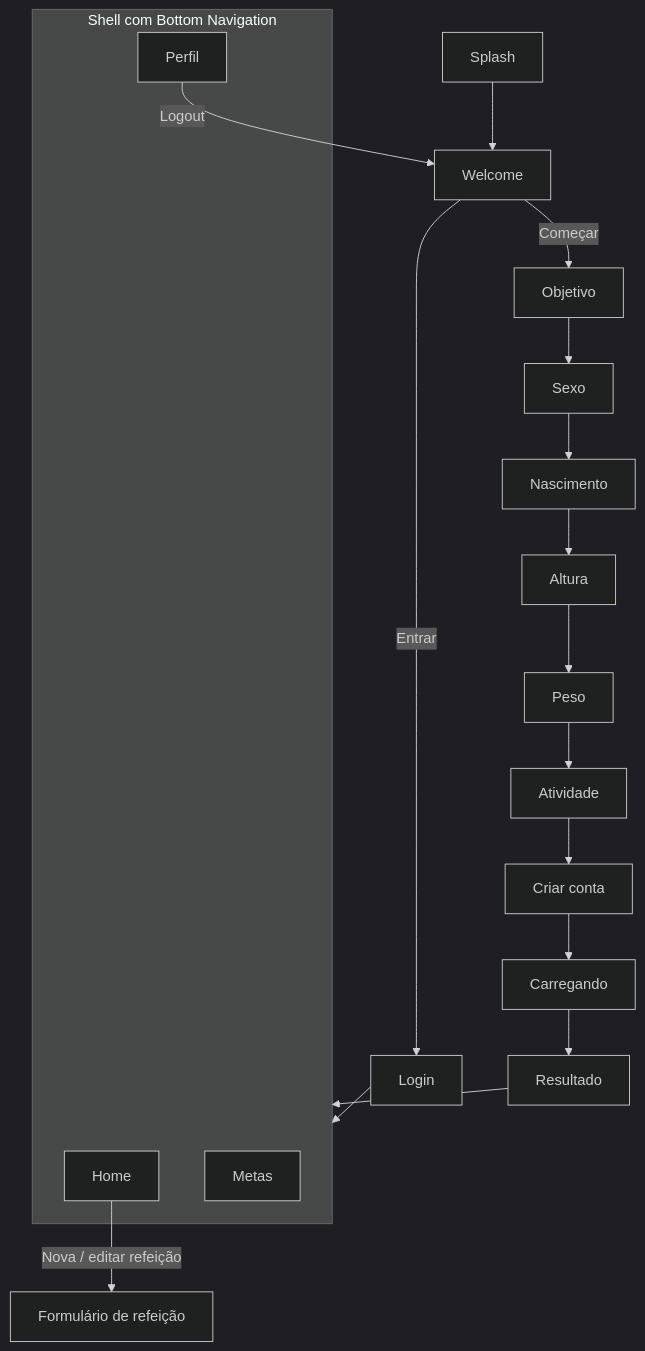
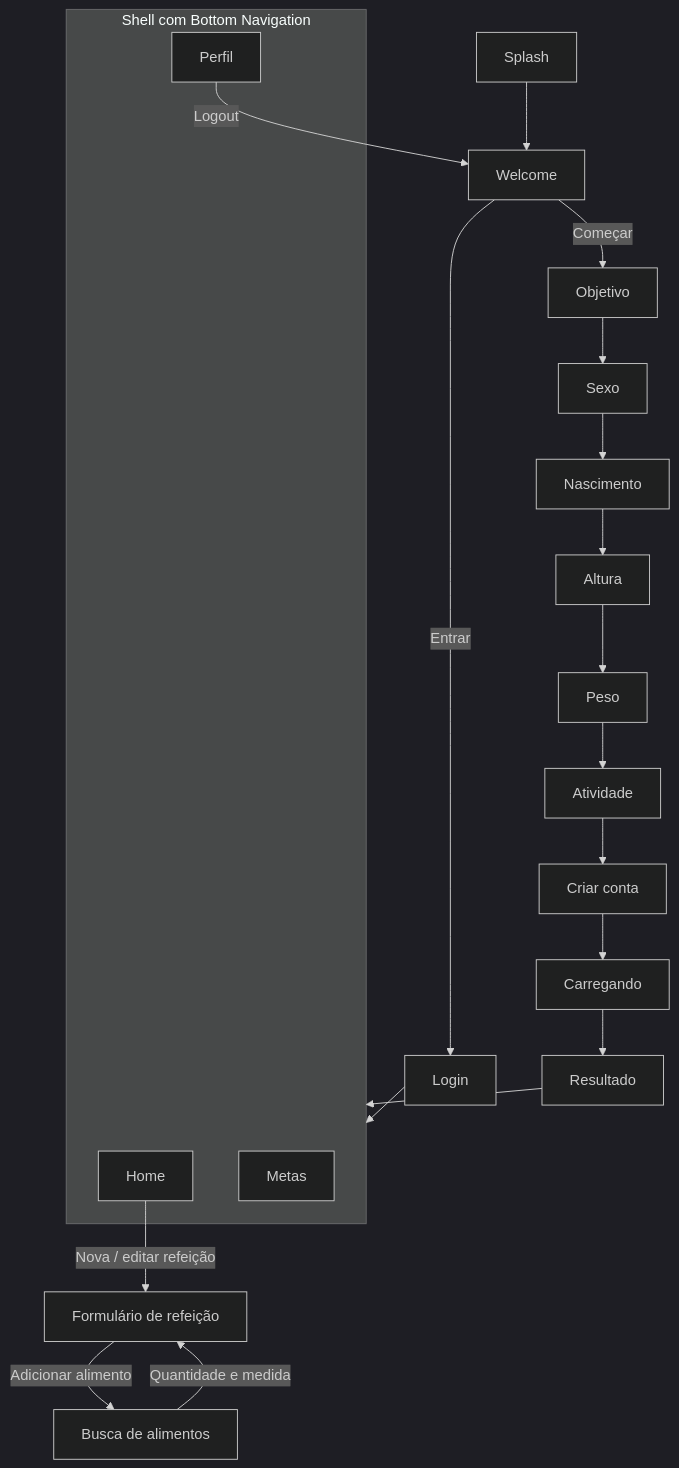
One commit to Gabrielvsiqueira/Oz_food_diary changed the diagram in README.md. Above: the diagram before and after it, drawn with Mermaid (dark theme). The commit also changed other lines of this file, not shown here.

Commit message:
docs(readme): document repository layer, food-based meals and Portuguese-only setup

````diff
--- a/README.md
+++ b/README.md
@@ -182,18 +195,20 @@
 ```mermaid
 flowchart TD
     Splash --> Welcome
     Welcome -->|Entrar| Login
     Welcome -->|Começar| Goal[Objetivo]
     Goal --> Gender[Sexo] --> Birth[Nascimento] --> Height[Altura]
     Height --> Weight[Peso] --> Activity[Atividade] --> Account[Criar conta]
     Account --> Loading[Carregando] --> Result[Resultado]
     Login --> Main
     Result --> Main
     subgraph Main[Shell com Bottom Navigation]
         Home
         Metas
         Perfil
     end
     Home -->|Nova / editar refeição| MealForm[Formulário de refeição]
+    MealForm -->|Adicionar alimento| FoodSearch[Busca de alimentos]
+    FoodSearch -->|Quantidade e medida| MealForm
     Perfil -->|Logout| Welcome
 ```
````
